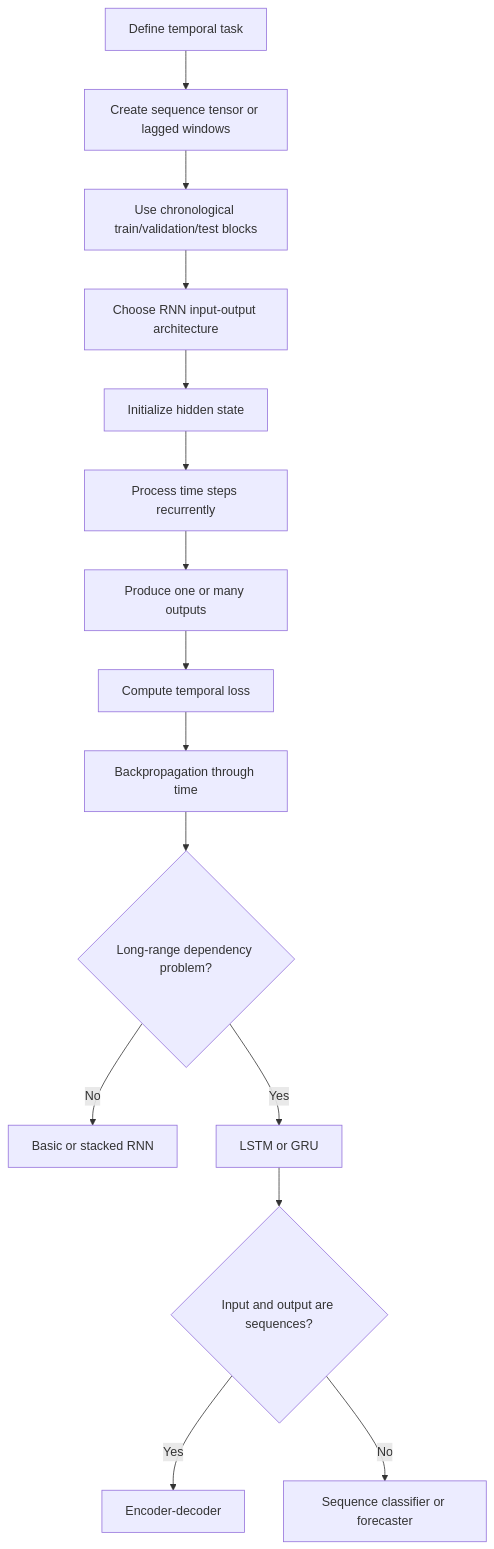
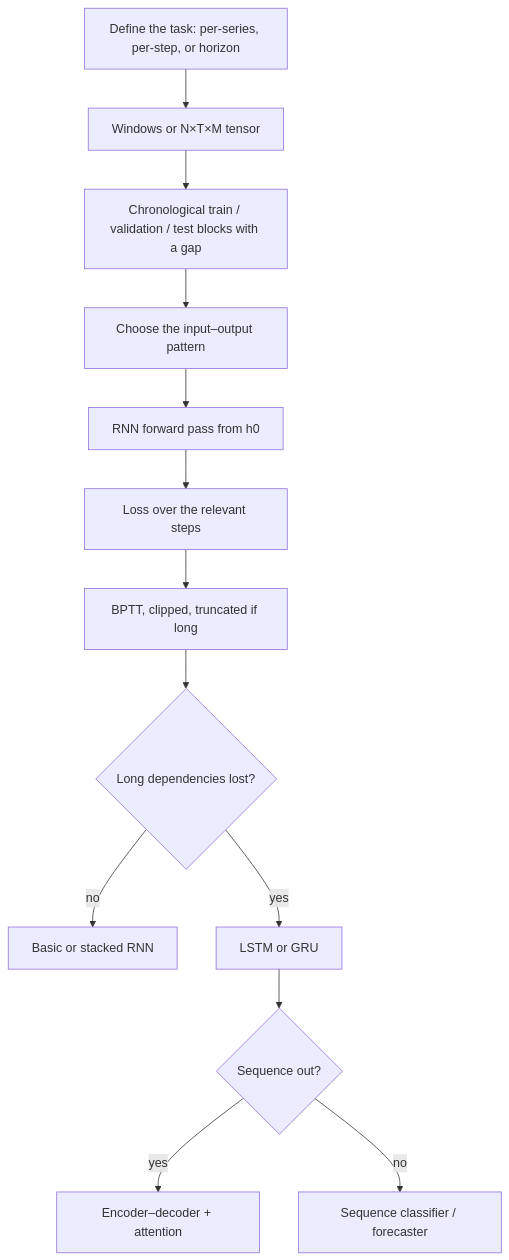
One commit to hhsieh14/AI-courses-notes-reader changed the diagram in courses/modern-temporal-learning/notes/08_rnn_lstm_gru_and_seq2seq.md. Above: the diagram before and after it, drawn with Mermaid. The commit also changed other lines of this file and 20 other files, not shown here.

````diff
--- a/courses/modern-temporal-learning/notes/08_rnn_lstm_gru_and_seq2seq.md
+++ b/courses/modern-temporal-learning/notes/08_rnn_lstm_gru_and_seq2seq.md
@@ -1654,17 +233,15 @@
 ```mermaid
 flowchart TD
-    A[Define temporal task] --> B[Create sequence tensor or lagged windows]
-    B --> C[Use chronological train/validation/test blocks]
-    C --> D[Choose RNN input-output architecture]
-    D --> E[Initialize hidden state]
-    E --> F[Process time steps recurrently]
-    F --> G[Produce one or many outputs]
-    G --> H[Compute temporal loss]
-    H --> I[Backpropagation through time]
-    I --> J{Long-range dependency problem?}
-    J -- No --> K[Basic or stacked RNN]
-    J -- Yes --> L[LSTM or GRU]
-    L --> M{Input and output are sequences?}
-    M -- Yes --> N[Encoder-decoder]
-    M -- No --> O[Sequence classifier or forecaster]
+    A[Define the task: per-series, per-step, or horizon] --> B[Windows or N×T×M tensor]
+    B --> C[Chronological train / validation / test blocks with a gap]
+    C --> D[Choose the input–output pattern]
+    D --> E[RNN forward pass from h0]
+    E --> F[Loss over the relevant steps]
+    F --> G[BPTT, clipped, truncated if long]
+    G --> H{Long dependencies lost?}
+    H -- no --> I[Basic or stacked RNN]
+    H -- yes --> J[LSTM or GRU]
+    J --> K{Sequence out?}
+    K -- yes --> L[Encoder–decoder + attention]
+    K -- no --> M[Sequence classifier / forecaster]
 ```
````
